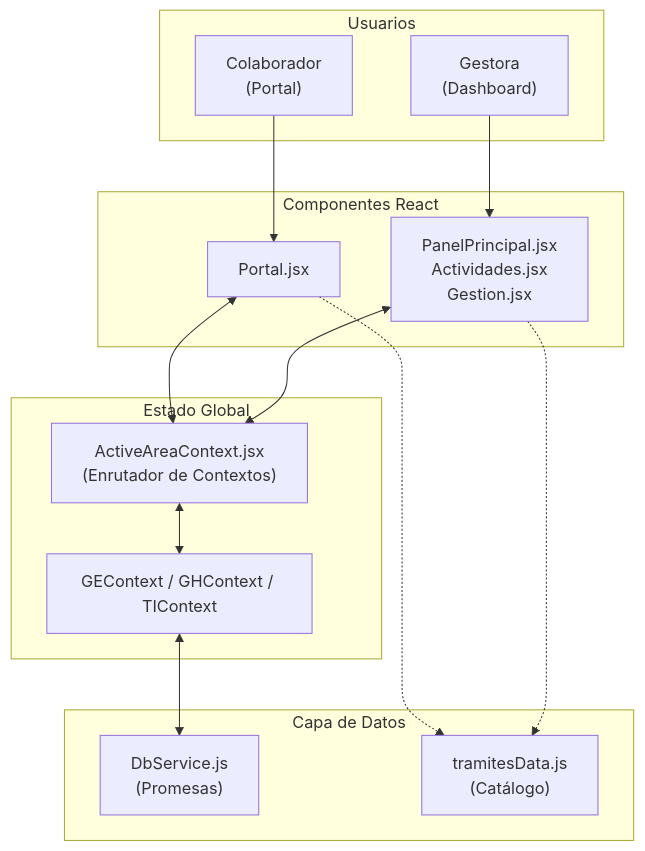
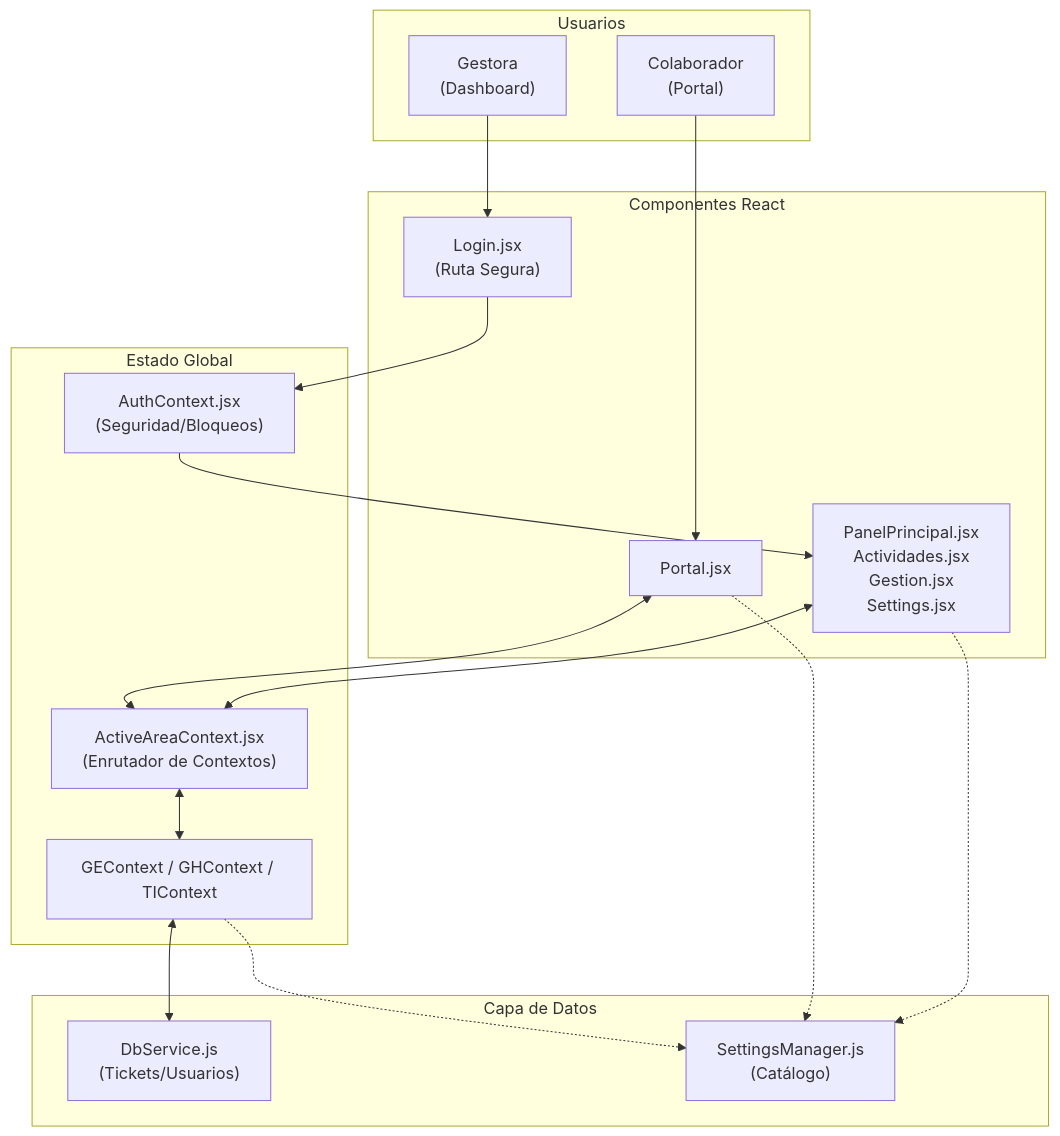
The diagram in docs/DEPENDENCIES.md (juanpa48/gestor), drawn with Mermaid before and after one commit. The commit also changed other lines of this file and 9 other files, not shown here.

````diff
--- a/docs/DEPENDENCIES.md
+++ b/docs/DEPENDENCIES.md
@@ -9,31 +9,36 @@
 ```mermaid
 flowchart TD
     subgraph Usuarios
         U1["Colaborador\n(Portal)"]
         U2["Gestora\n(Dashboard)"]
     end
 
     subgraph Componentes React
+        L["Login.jsx\n(Ruta Segura)"]
         P["Portal.jsx"]
-        D["PanelPrincipal.jsx\nActividades.jsx\nGestion.jsx"]
+        D["PanelPrincipal.jsx\nActividades.jsx\nGestion.jsx\nSettings.jsx"]
     end
 
     subgraph Estado Global
+        AUTH["AuthContext.jsx\n(Seguridad/Bloqueos)"]
         CTX["ActiveAreaContext.jsx\n(Enrutador de Contextos)"]
         GE["GEContext / GHContext / TIContext"]
     end
 
     subgraph Capa de Datos
-        DB["DbService.js\n(Promesas)"]
-        TR["tramitesData.js\n(Catálogo)"]
+        DB["DbService.js\n(Tickets/Usuarios)"]
+        SM["SettingsManager.js\n(Catálogo)"]
     end
 
     U1 --> P
-    U2 --> D
+    U2 --> L
+    L --> AUTH
+    AUTH --> D
     P <--> CTX
     D <--> CTX
     CTX <--> GE
     GE <--> DB
-    P -.-> TR
-    D -.-> TR
+    GE -.-> SM
+    P -.-> SM
+    D -.-> SM
 ```
````
